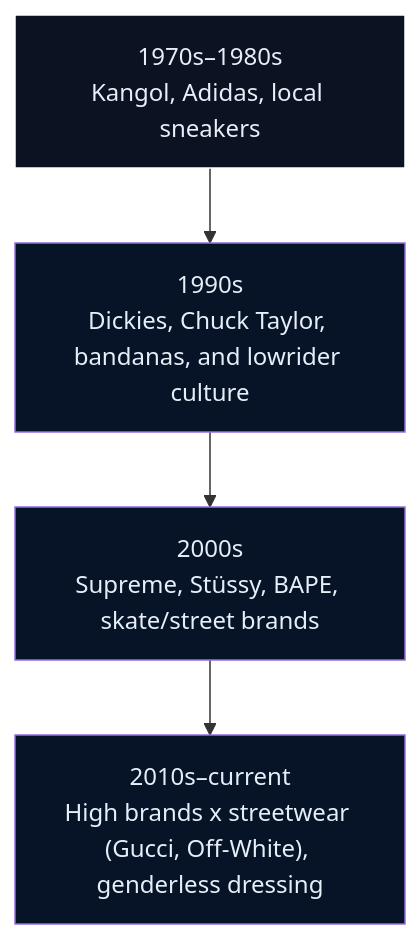
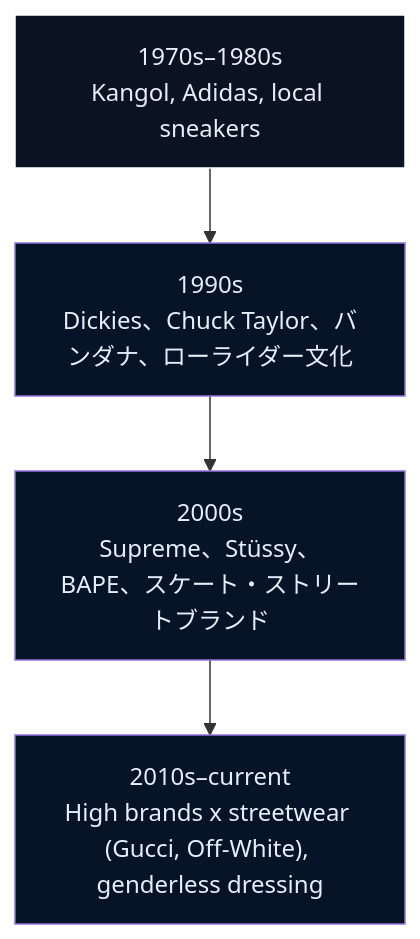
The diagram in en/_posts/2025-09-20-Column-Westcoast-Hiphop-History.md (monumental-movement/monumental-movement.github.io), drawn with Mermaid before and after one commit. The commit also changed other lines of this file and 2196 other files, not shown here.

```diff
--- a/en/_posts/2025-09-20-Column-Westcoast-Hiphop-History.md
+++ b/en/_posts/2025-09-20-Column-Westcoast-Hiphop-History.md
@@ -162,10 +162,10 @@
 <div class="mermaid">
 flowchart TD
   style A fill:#0b1221,stroke:#ffffff,stroke-width:1px
-  A["1970s–1980s\nKangol, Adidas, local sneakers"] --> B["1990s\nDickies, Chuck Taylor, bandanas, and lowrider culture"]
-  B --> C["2000s\nSupreme, Stüssy, BAPE, skate/street brands"]
+  A["1970s–1980s\nKangol, Adidas, local sneakers"] --> B["1990s\nDickies、Chuck Taylor、バンダナ、ローライダー文化"]
+  B --> C["2000s\nSupreme、Stüssy、BAPE、スケート・ストリートブランド"]
   C --> D["2010s–current\nHigh brands x streetwear (Gucci, Off-White), genderless dressing"]
 
   classDef decades fill:#071428,color:#e6eef8
   class A,B,C,D decades
 </div>
```
